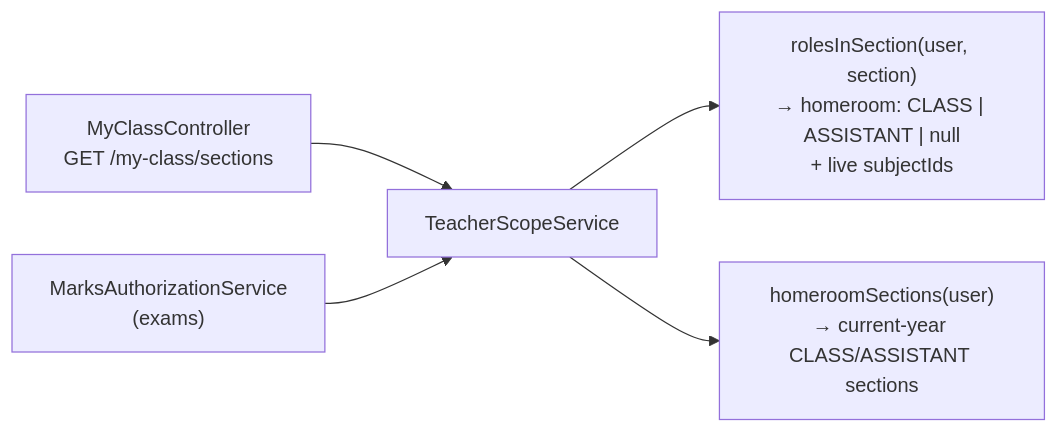
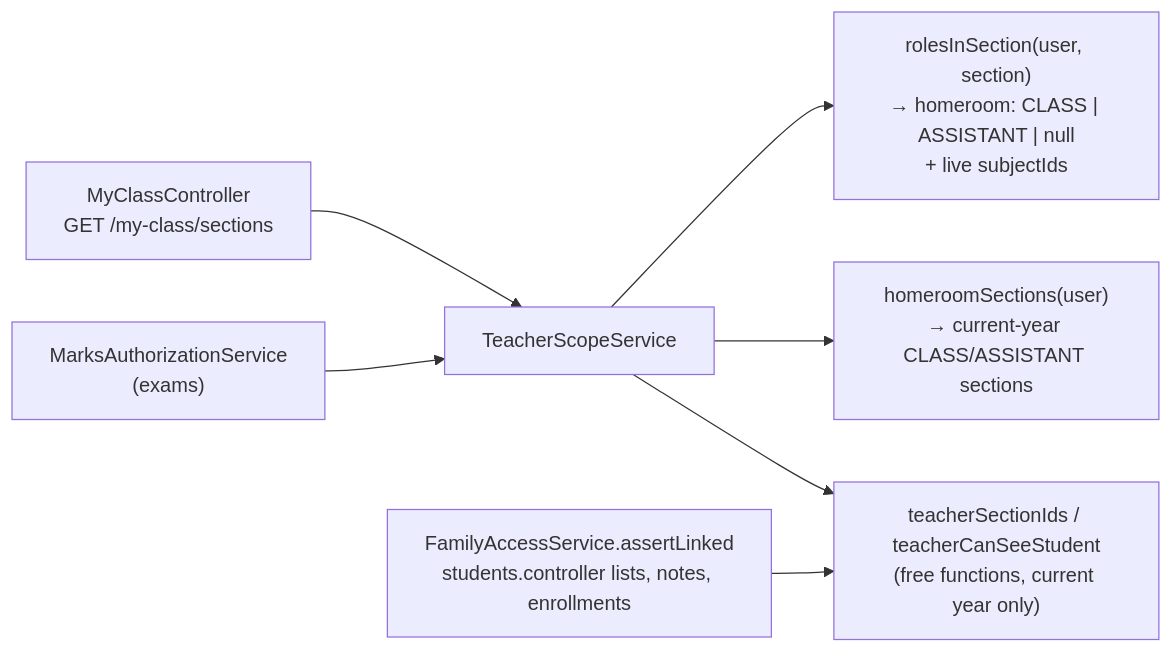
One commit to tareq89/biddaloy changed the second of 3 diagrams in docs/architecture/03-backend-modules.md. Above: the diagram before and after it, drawn with Mermaid. The commit also changed other lines of this file and 25 other files, not shown here.

First line of the commit message:
[75.6] fix: teacher scope core, current academic year only, 404 on a miss

````diff
--- a/docs/architecture/03-backend-modules.md
+++ b/docs/architecture/03-backend-modules.md
@@ -91,7 +91,9 @@
 ```mermaid
 flowchart LR
   C["MyClassController<br/>GET /my-class/sections"] --> T["TeacherScopeService"]
   M["MarksAuthorizationService<br/>(exams)"] --> T
   T --> R1["rolesInSection(user, section)<br/>→ homeroom: CLASS | ASSISTANT | null<br/>+ live subjectIds"]
   T --> R2["homeroomSections(user)<br/>→ current-year CLASS/ASSISTANT sections"]
+  F["FamilyAccessService.assertLinked<br/>students.controller lists, notes, enrollments"] --> S["teacherSectionIds / teacherCanSeeStudent<br/>(free functions, current year only)"]
+  T --> S
 ```
````
